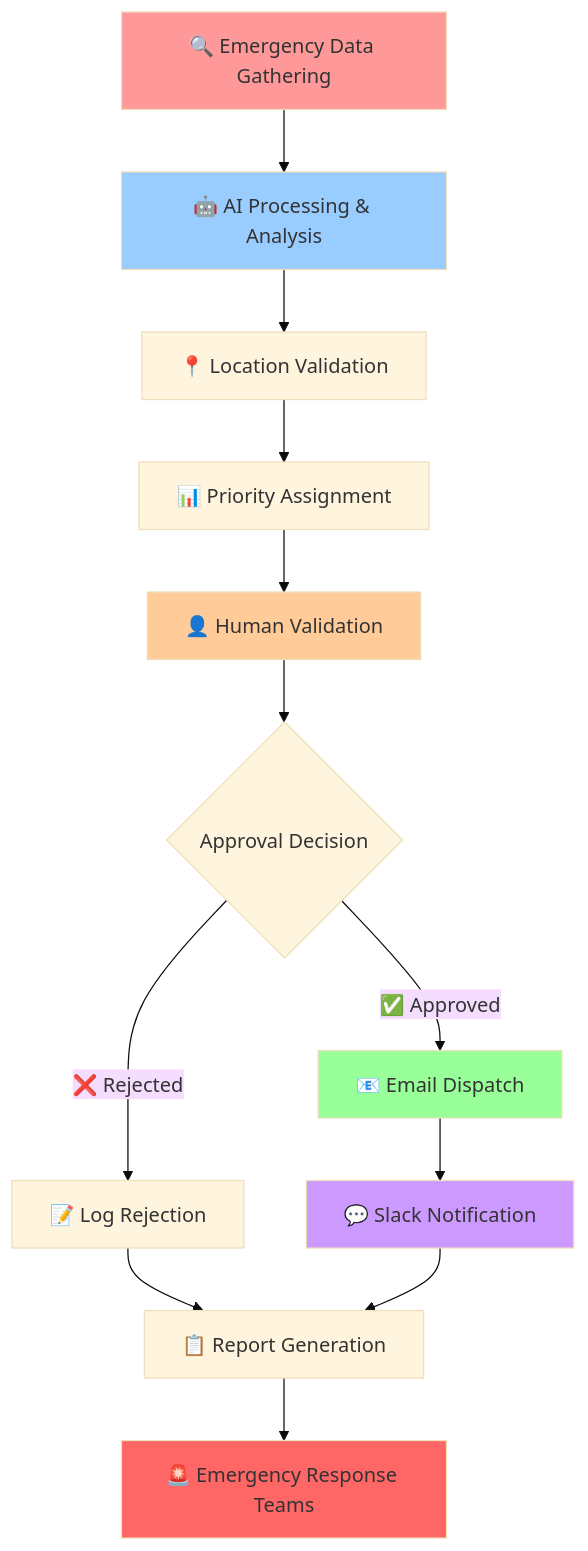
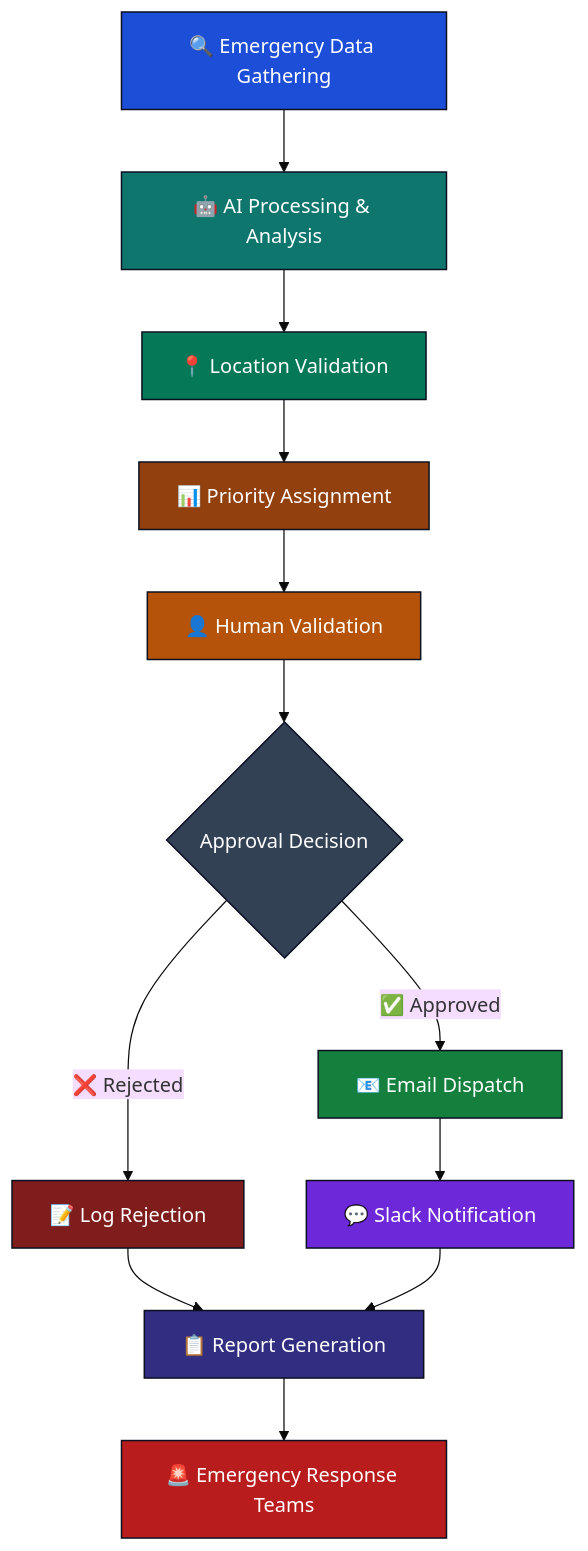
The first of 4 diagrams in README.md (Mohit5Upadhyay/dcrca_agent), drawn with Mermaid (base theme) before and after one commit. The commit also changed other lines of this file and 9 other files, not shown here.

````diff
--- a/README.md
+++ b/README.md
@@ -61,21 +79,41 @@
 ```mermaid
 graph TB
     A[🔍 Emergency Data Gathering] --> B[🤖 AI Processing & Analysis]
     B --> C[📍 Location Validation]
     C --> D[📊 Priority Assignment]
     D --> E[👤 Human Validation]
     E --> F{Approval Decision}
     F -->|✅ Approved| G[📧 Email Dispatch]
     F -->|❌ Rejected| H[📝 Log Rejection]
     G --> I[💬 Slack Notification]
     H --> J[📋 Report Generation]
     I --> J
     J --> K[🚨 Emergency Response Teams]
-    
-    style A fill:#ff9999
-    style B fill:#99ccff
-    style E fill:#ffcc99
-    style G fill:#99ff99
-    style I fill:#cc99ff
-    style K fill:#ff6666
+
+    %% High-contrast classes (dark fills + white text)
+    classDef gather  fill:#1D4ED8,stroke:#0B1020,stroke-width:1.2px,color:#FFFFFF;
+    classDef process fill:#0F766E,stroke:#0B1020,stroke-width:1.2px,color:#FFFFFF;
+    classDef locval  fill:#047857,stroke:#0B1020,stroke-width:1.2px,color:#FFFFFF;
+    classDef prior   fill:#92400E,stroke:#0B1020,stroke-width:1.2px,color:#FFFFFF;
+    classDef human   fill:#B45309,stroke:#0B1020,stroke-width:1.2px,color:#FFFFFF;
+    classDef decide  fill:#334155,stroke:#0B1020,stroke-width:1.2px,color:#FFFFFF;
+    classDef dispatch fill:#15803D,stroke:#0B1020,stroke-width:1.2px,color:#FFFFFF;
+    classDef reject  fill:#7F1D1D,stroke:#0B1020,stroke-width:1.2px,color:#FFFFFF;
+    classDef notify  fill:#6D28D9,stroke:#0B1020,stroke-width:1.2px,color:#FFFFFF;
+    classDef report  fill:#312E81,stroke:#0B1020,stroke-width:1.2px,color:#FFFFFF;
+    classDef respond fill:#B91C1C,stroke:#0B1020,stroke-width:1.2px,color:#FFFFFF;
+
+    %% Apply classes
+    class A gather;
+    class B process;
+    class C locval;
+    class D prior;
+    class E human;
+    class F decide;
+    class G dispatch;
+    class H reject;
+    class I notify;
+    class J report;
+    class K respond;
+
 ```
````
